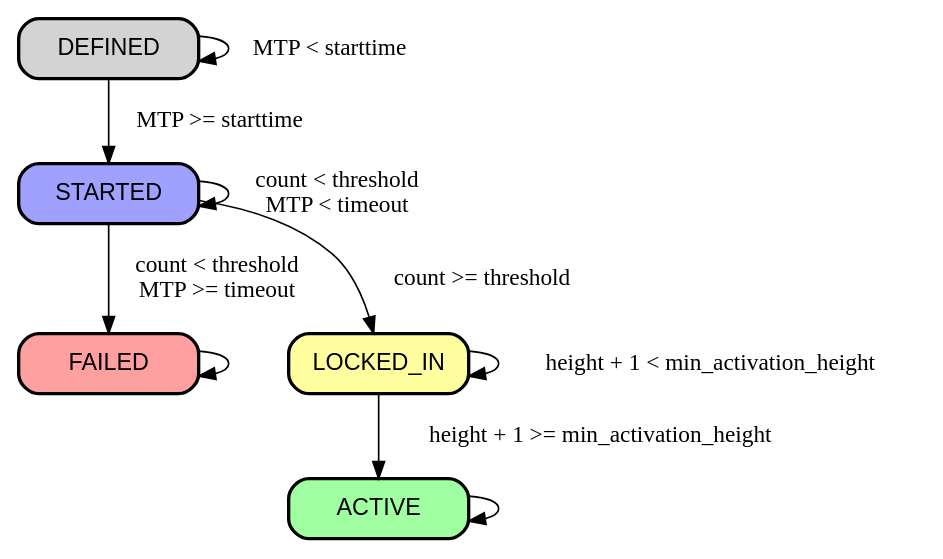
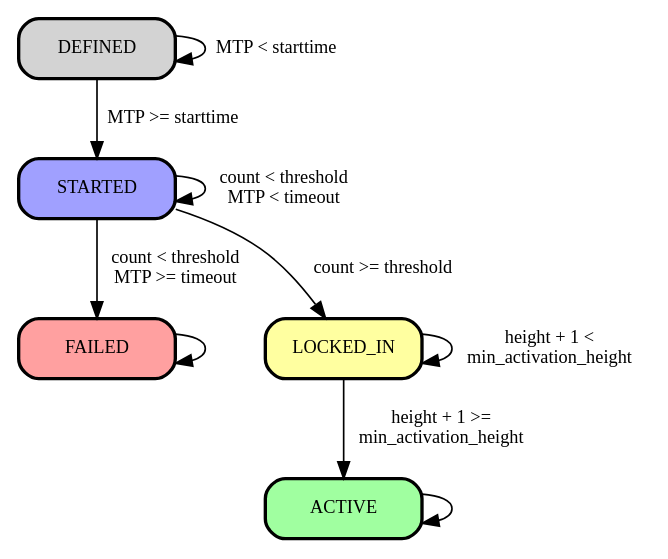
Before and after one commit to Sjors/nado-book: the diagram in taproot/speedy_trial.dot, drawn with Graphviz. The commit also changed 14 other files, not shown here.

```diff
--- a/taproot/speedy_trial.dot
+++ b/taproot/speedy_trial.dot
@@ -1,29 +1,31 @@
 digraph {
   rankdir=TD;
 
-  node [style="rounded,filled,bold", shape=box, fixedsize=true, width=1.5, fontname="Arial"];
+  node [fontname="lmtt", fontsize=11, fixedsize=true, width=1.3, shape=box, style="rounded,filled,bold"];
+
+  edge [fontname="lmtt", fontsize=11];
 
   edge [weight = 100];
-  "DEFINED" -> "STARTED" [label="MTP >= starttime"];
-  "STARTED" -> "FAILED" [label="count < threshold\nMTP >= timeout"];
-  "LOCKED_IN" -> "LOCKED_IN" [label="height + 1 < min_activation_height"];
-  "LOCKED_IN" -> "ACTIVE" [label="height + 1 >= min_activation_height"];
+  "DEFINED" -> "STARTED" [label=" MTP >= starttime"];
+  "STARTED" -> "FAILED" [label=" count < threshold\nMTP >= timeout"];
+  "LOCKED_IN" -> "LOCKED_IN" [label=" height + 1 <\n min_activation_height"];
+  "LOCKED_IN" -> "ACTIVE" [label=" height + 1 >=\n min_activation_height"];
 
   edge [weight = 1];
   "STARTED" -> "LOCKED_IN" [label="count >= threshold"];
 
   "FAILED" -> "LOCKED_IN" [style=invis];
 
-  "DEFINED"-> "DEFINED" [label="MTP < starttime"];
-  "STARTED"-> "STARTED" [label="count < threshold\nMTP < timeout"];
+  "DEFINED"-> "DEFINED" [label=" MTP < starttime"];
+  "STARTED"-> "STARTED" [label=" count < threshold\nMTP < timeout"];
   "ACTIVE" -> "ACTIVE";
   "FAILED" -> "FAILED";
 
   "STARTED" [fillcolor="#a0a0ff"];
   "LOCKED_IN" [fillcolor="#ffffa0"];
   "ACTIVE" [fillcolor="#a0ffa0"];
   "FAILED" [fillcolor="#ffa0a0"];
 
   { rank=same; "FAILED" "LOCKED_IN" }
   { rank=sink; "ACTIVE" }
 }
```
